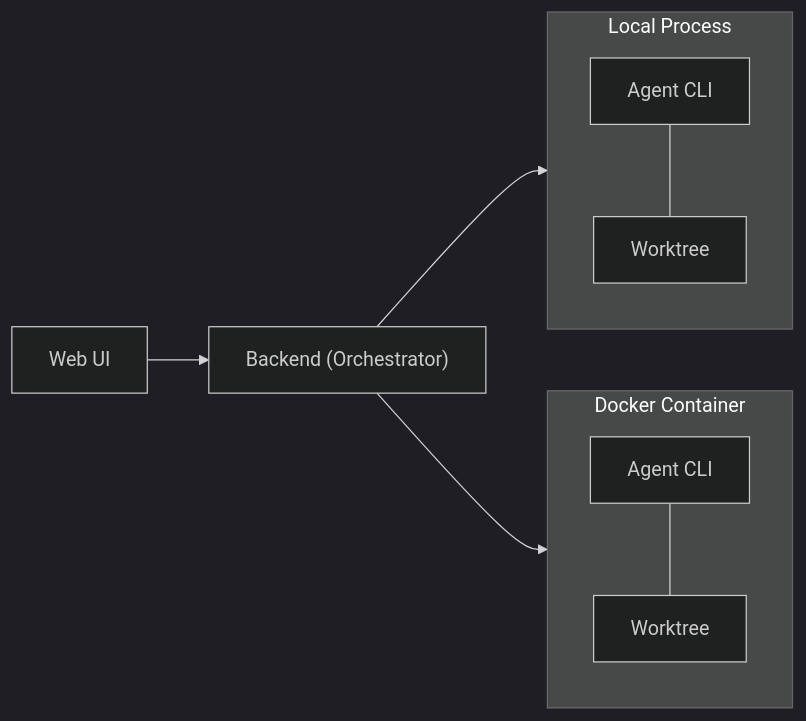
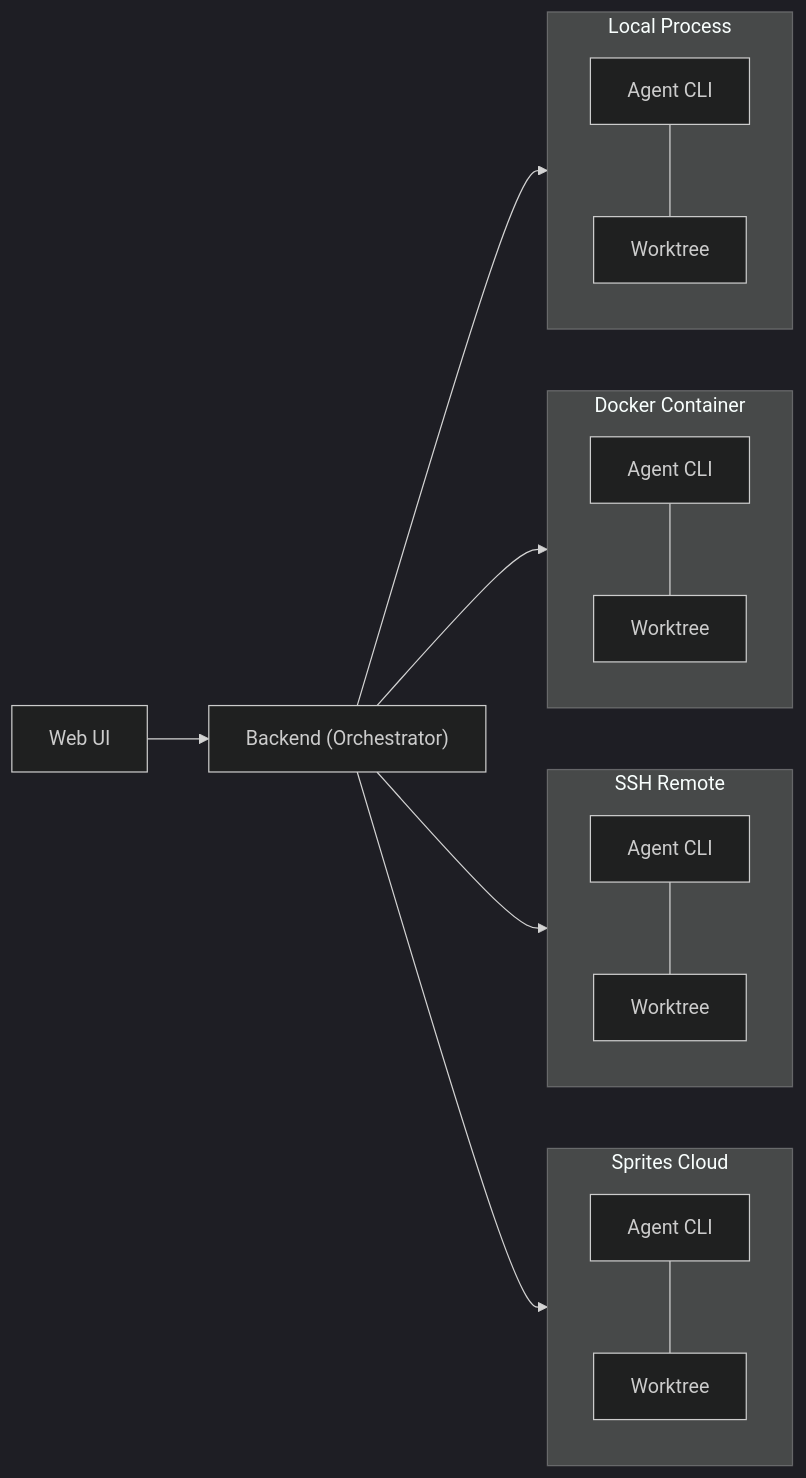
One commit to kdlbs/kandev changed the diagram in README.md. Above: the diagram before and after it, drawn with Mermaid (dark theme). The commit also changed other lines of this file and 1 other file, not shown here.

````diff
--- a/README.md
+++ b/README.md
@@ -141,18 +145,26 @@
 ```mermaid
 graph LR
     UI[Web UI] --> Backend
 
 
         Backend["Backend (Orchestrator)"]
 
 
-    Backend --> W1 & W2
+    Backend --> W1 & W2 & W3 & W4
 
     subgraph W1[Local Process]
         Agent1[Agent CLI] --- WT1[Worktree]
     end
 
     subgraph W2[Docker Container]
         Agent2[Agent CLI] --- WT2[Worktree]
     end
+
+    subgraph W3[SSH Remote]
+        Agent3[Agent CLI] --- WT3[Worktree]
+    end
+
+    subgraph W4[Sprites Cloud]
+        Agent4[Agent CLI] --- WT4[Worktree]
+    end
 ```
````
